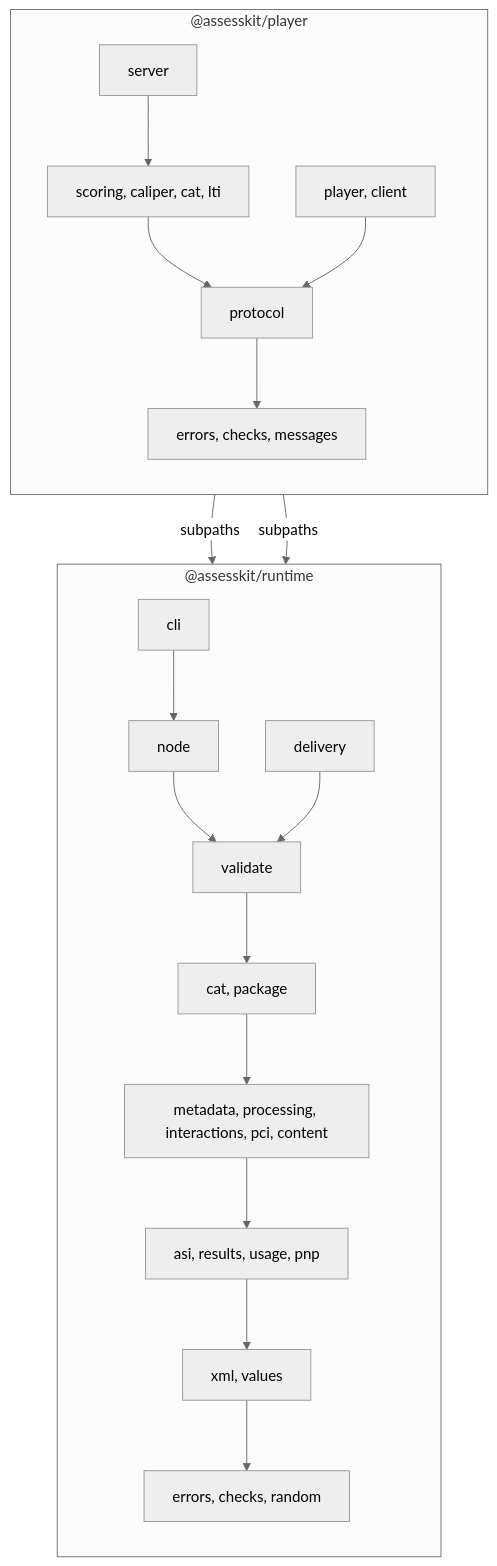
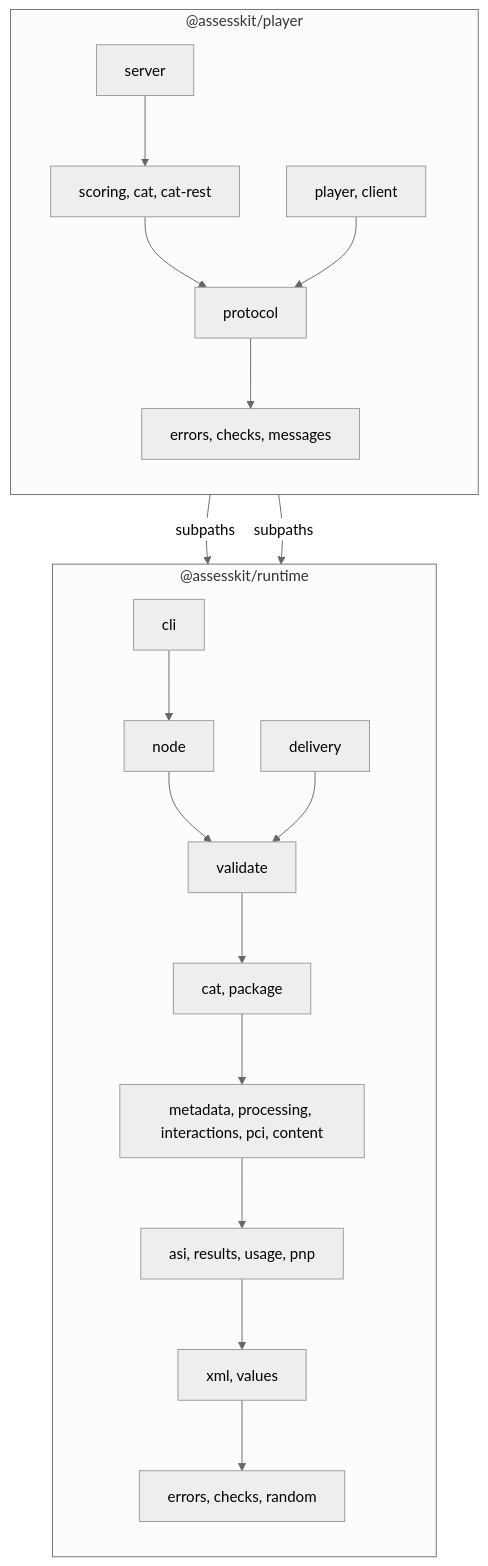
The diagram in docs/runtime/architecture.md (assesskit/assesskit), drawn with Mermaid (neutral theme) before and after one commit. The commit also changed other lines of this file and 138 other files, not shown here.

First line of the commit message:
Move LTI and Caliper out of the player and keep four ports

````diff
--- a/docs/runtime/architecture.md
+++ b/docs/runtime/architecture.md
@@ -20,24 +20,24 @@
 ```mermaid
 flowchart TD
   subgraph player["@assesskit/player"]
     direction TB
-    ps["server"] --> pk["scoring, caliper, cat, lti"]
+    ps["server"] --> pk["scoring, cat, cat-rest"]
     pb["player, client"]
     pk --> pp["protocol"]
     pb --> pp
     pp --> pm["errors, checks, messages"]
   end
   subgraph runtime["@assesskit/runtime"]
     direction TB
     cli["cli"] --> node["node"]
     node --> validate["validate"]
     delivery["delivery"] --> validate
     validate --> l5["cat, package"]
     l5 --> l4["metadata, processing, interactions, pci, content"]
     l4 --> l3["asi, results, usage, pnp"]
     l3 --> l2["xml, values"]
     l2 --> l1["errors, checks, random"]
   end
   pb -->|"subpaths"| delivery
   ps -->|"subpaths"| delivery
 ```
````
